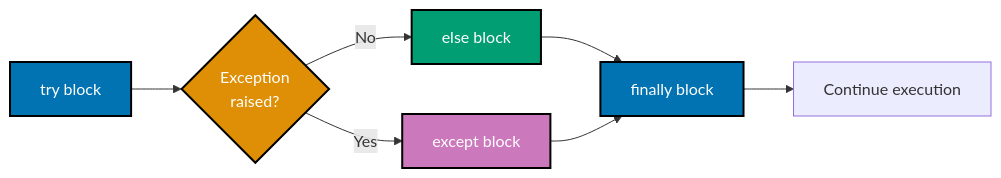
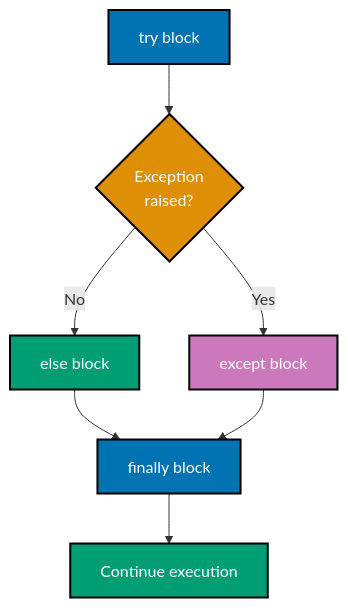
Before and after one commit to wahidyankf/ose-primer: the third of 5 diagrams in docs/explanation/software-engineering/programming-languages/python/error-handling.md, drawn with Mermaid. The commit also changed 86 other files, not shown here.

````diff
--- a/docs/explanation/software-engineering/programming-languages/python/error-handling.md
+++ b/docs/explanation/software-engineering/programming-languages/python/error-handling.md
@@ -239,18 +239,19 @@
 ```mermaid
 %% Color Palette: Blue #0173B2, Orange #DE8F05, Teal #029E73, Purple #CC78BC
-graph LR
+graph TD
   A[try block] --> B{Exception<br/>raised?}
   B -->|No| C[else block]
   B -->|Yes| D[except block]
 
   C --> E[finally block]
   D --> E
 
   E --> F[Continue execution]
 
   style A fill:#0173B2,stroke:#000,color:#fff,stroke-width:2px
   style B fill:#DE8F05,stroke:#000,color:#fff,stroke-width:2px
   style C fill:#029E73,stroke:#000,color:#fff,stroke-width:2px
   style D fill:#CC78BC,stroke:#000,color:#fff,stroke-width:2px
   style E fill:#0173B2,stroke:#000,color:#fff,stroke-width:2px
+  style F fill:#029E73,stroke:#000,color:#fff,stroke-width:2px
 ```
````
